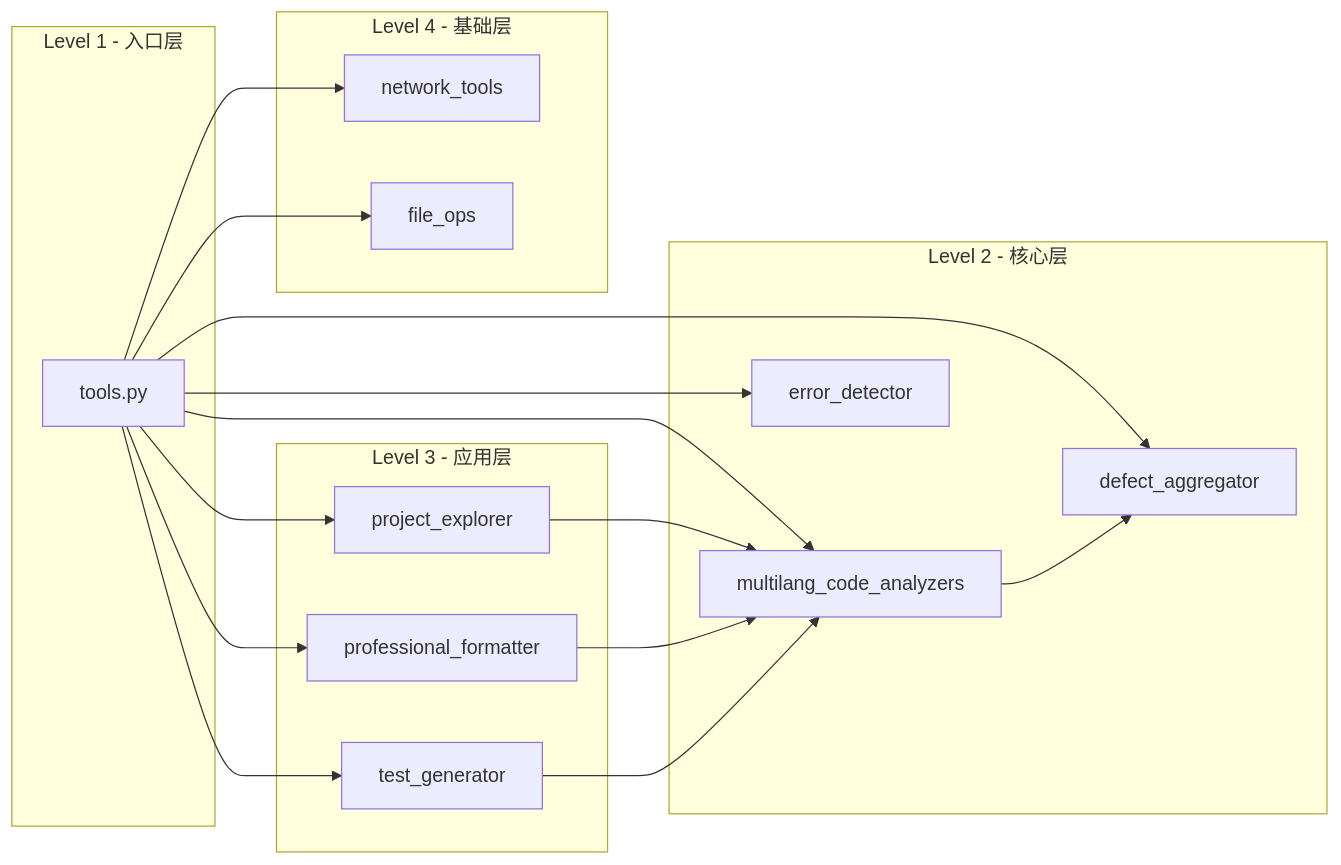
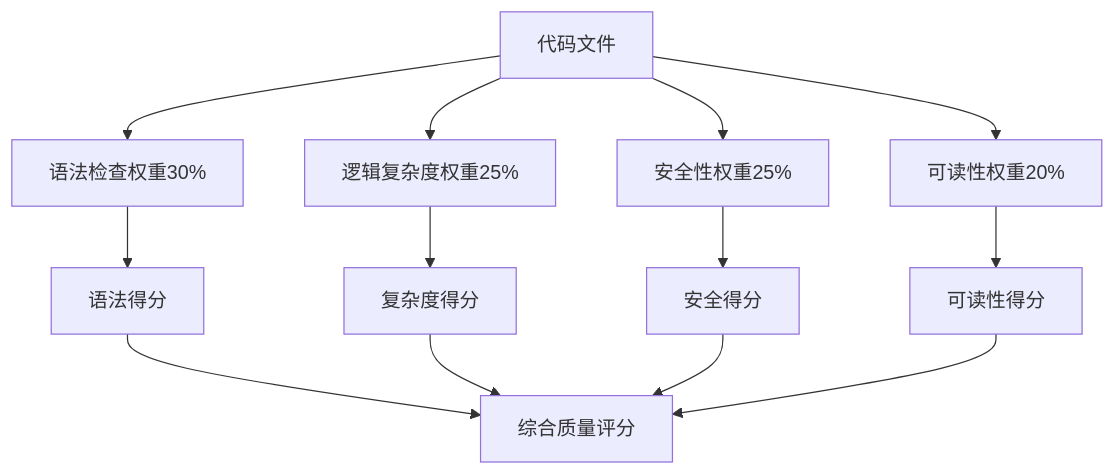
Before and after one commit to 3uyuan1ee/Fix_agent: the third of 20 diagrams in docs/tools_architecture.md, drawn with Mermaid. The commit also changed other lines of this file, not shown here.

````diff
--- a/docs/tools_architecture.md
+++ b/docs/tools_architecture.md
@@ -71,37 +155,17 @@
 ```mermaid
-graph LR
-    subgraph "Level 1 - 入口层"
-        A[tools.py]
-    end
+graph TD
+    A[代码文件] --> B[语法检查权重30%]
+    A --> C[逻辑复杂度权重25%]
+    A --> D[安全性权重25%]
+    A --> E[可读性权重20%]
 
-    subgraph "Level 2 - 核心层"
-        B[multilang_code_analyzers]
-        C[defect_aggregator]
-        D[error_detector]
-    end
+    B --> F[语法得分]
+    C --> G[复杂度得分]
+    D --> H[安全得分]
+    E --> I[可读性得分]
 
-    subgraph "Level 3 - 应用层"
-        E[project_explorer]
-        F[professional_formatter]
-        G[test_generator]
-    end
-
-    subgraph "Level 4 - 基础层"
-        H[network_tools]
-        I[file_ops]
-    end
-
-    A --> B
-    A --> C
-    A --> D
-    A --> E
-    A --> F
-    A --> G
-    A --> H
-    A --> I
-
-    B --> C
-    E --> B
-    F --> B
-    G --> B
+    F --> J[综合质量评分]
+    G --> J
+    H --> J
+    I --> J
 ```
````
